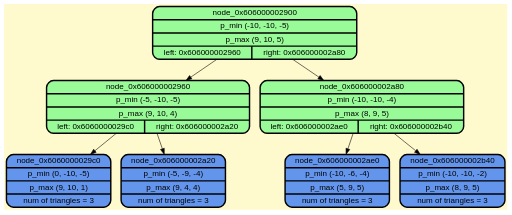
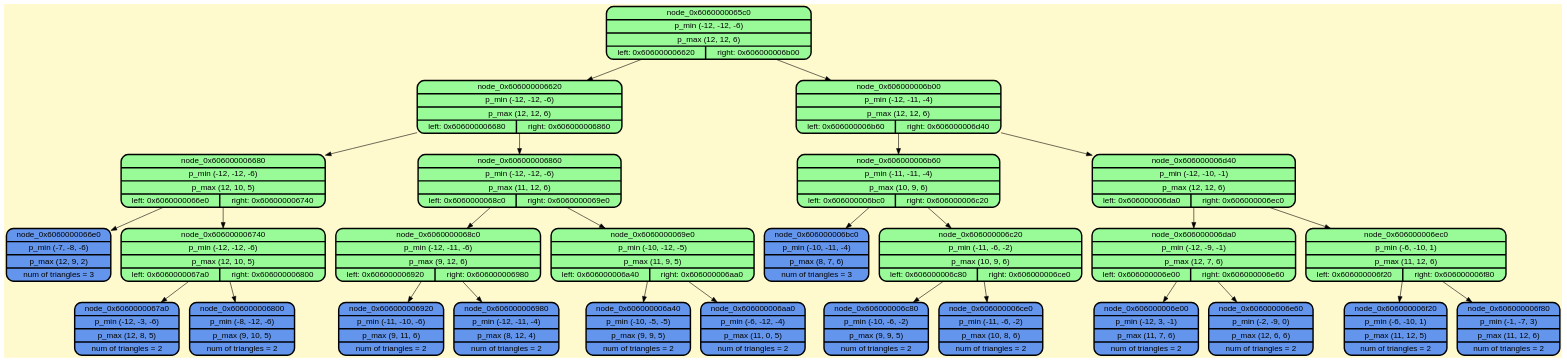
One commit to BulgakovDmitry/3D_triangles changed the diagram in dump/graph_dump.gv. Above: the diagram before and after it, drawn with Graphviz. The commit also changed 1 other file, not shown here.

Commit message:
fix BVH and create graph dump of bin tree

```diff
--- a/dump/graph_dump.gv
+++ b/dump/graph_dump.gv
@@ -1,20 +1,60 @@
 digraph G {
     rankdir=TB;
     node [style=filled, fontname="Helvetica", fontcolor=darkblue, fillcolor=peachpuff, color="#252A34", penwidth=2.5];
     bgcolor="lemonchiffon";
 
-    node_0x606000002900 [shape=Mrecord; style=filled; fillcolor=palegreen; color="#000000"; fontcolor="#000000"; label="{ node_0x606000002900 | p_min (-10, -10, -5) | p_max (9, 10, 5) | { left: 0x606000002960 | right: 0x606000002a80 } }"];
-    node_0x606000002960 [shape=Mrecord; style=filled; fillcolor=palegreen; color="#000000"; fontcolor="#000000"; label="{ node_0x606000002960 | p_min (-5, -10, -5) | p_max (9, 10, 4) | { left: 0x6060000029c0 | right: 0x606000002a20 } }"];
-    node_0x6060000029c0 [shape=Mrecord; style=filled; fillcolor=cornflowerblue; color="#000000"; fontcolor="#000000"; label="{ node_0x6060000029c0 | p_min (0, -10, -5) | p_max (9, 10, 1) | num of triangles = 3}"];
-    node_0x606000002a20 [shape=Mrecord; style=filled; fillcolor=cornflowerblue; color="#000000"; fontcolor="#000000"; label="{ node_0x606000002a20 | p_min (-5, -9, -4) | p_max (9, 4, 4) | num of triangles = 3}"];
-    node_0x606000002a80 [shape=Mrecord; style=filled; fillcolor=palegreen; color="#000000"; fontcolor="#000000"; label="{ node_0x606000002a80 | p_min (-10, -10, -4) | p_max (8, 9, 5) | { left: 0x606000002ae0 | right: 0x606000002b40 } }"];
-    node_0x606000002ae0 [shape=Mrecord; style=filled; fillcolor=cornflowerblue; color="#000000"; fontcolor="#000000"; label="{ node_0x606000002ae0 | p_min (-10, -6, -4) | p_max (5, 9, 5) | num of triangles = 3}"];
-    node_0x606000002b40 [shape=Mrecord; style=filled; fillcolor=cornflowerblue; color="#000000"; fontcolor="#000000"; label="{ node_0x606000002b40 | p_min (-10, -10, -2) | p_max (8, 9, 5) | num of triangles = 3}"];
+    node_0x6060000065c0 [shape=Mrecord; style=filled; fillcolor=palegreen; color="#000000"; fontcolor="#000000"; label="{ node_0x6060000065c0 | p_min (-12, -12, -6) | p_max (12, 12, 6) | { left: 0x606000006620 | right: 0x606000006b00 } }"];
+    node_0x606000006620 [shape=Mrecord; style=filled; fillcolor=palegreen; color="#000000"; fontcolor="#000000"; label="{ node_0x606000006620 | p_min (-12, -12, -6) | p_max (12, 12, 6) | { left: 0x606000006680 | right: 0x606000006860 } }"];
+    node_0x606000006680 [shape=Mrecord; style=filled; fillcolor=palegreen; color="#000000"; fontcolor="#000000"; label="{ node_0x606000006680 | p_min (-12, -12, -6) | p_max (12, 10, 5) | { left: 0x6060000066e0 | right: 0x606000006740 } }"];
+    node_0x6060000066e0 [shape=Mrecord; style=filled; fillcolor=cornflowerblue; color="#000000"; fontcolor="#000000"; label="{ node_0x6060000066e0 | p_min (-7, -8, -6) | p_max (12, 9, 2) | num of triangles = 3}"];
+    node_0x606000006740 [shape=Mrecord; style=filled; fillcolor=palegreen; color="#000000"; fontcolor="#000000"; label="{ node_0x606000006740 | p_min (-12, -12, -6) | p_max (12, 10, 5) | { left: 0x6060000067a0 | right: 0x606000006800 } }"];
+    node_0x6060000067a0 [shape=Mrecord; style=filled; fillcolor=cornflowerblue; color="#000000"; fontcolor="#000000"; label="{ node_0x6060000067a0 | p_min (-12, -3, -6) | p_max (12, 8, 5) | num of triangles = 2}"];
+    node_0x606000006800 [shape=Mrecord; style=filled; fillcolor=cornflowerblue; color="#000000"; fontcolor="#000000"; label="{ node_0x606000006800 | p_min (-8, -12, -6) | p_max (9, 10, 5) | num of triangles = 2}"];
+    node_0x606000006860 [shape=Mrecord; style=filled; fillcolor=palegreen; color="#000000"; fontcolor="#000000"; label="{ node_0x606000006860 | p_min (-12, -12, -6) | p_max (11, 12, 6) | { left: 0x6060000068c0 | right: 0x6060000069e0 } }"];
+    node_0x6060000068c0 [shape=Mrecord; style=filled; fillcolor=palegreen; color="#000000"; fontcolor="#000000"; label="{ node_0x6060000068c0 | p_min (-12, -11, -6) | p_max (9, 12, 6) | { left: 0x606000006920 | right: 0x606000006980 } }"];
+    node_0x606000006920 [shape=Mrecord; style=filled; fillcolor=cornflowerblue; color="#000000"; fontcolor="#000000"; label="{ node_0x606000006920 | p_min (-11, -10, -6) | p_max (9, 11, 6) | num of triangles = 2}"];
+    node_0x606000006980 [shape=Mrecord; style=filled; fillcolor=cornflowerblue; color="#000000"; fontcolor="#000000"; label="{ node_0x606000006980 | p_min (-12, -11, -4) | p_max (8, 12, 4) | num of triangles = 2}"];
+    node_0x6060000069e0 [shape=Mrecord; style=filled; fillcolor=palegreen; color="#000000"; fontcolor="#000000"; label="{ node_0x6060000069e0 | p_min (-10, -12, -5) | p_max (11, 9, 5) | { left: 0x606000006a40 | right: 0x606000006aa0 } }"];
+    node_0x606000006a40 [shape=Mrecord; style=filled; fillcolor=cornflowerblue; color="#000000"; fontcolor="#000000"; label="{ node_0x606000006a40 | p_min (-10, -5, -5) | p_max (9, 9, 5) | num of triangles = 2}"];
+    node_0x606000006aa0 [shape=Mrecord; style=filled; fillcolor=cornflowerblue; color="#000000"; fontcolor="#000000"; label="{ node_0x606000006aa0 | p_min (-6, -12, -4) | p_max (11, 0, 5) | num of triangles = 2}"];
+    node_0x606000006b00 [shape=Mrecord; style=filled; fillcolor=palegreen; color="#000000"; fontcolor="#000000"; label="{ node_0x606000006b00 | p_min (-12, -11, -4) | p_max (12, 12, 6) | { left: 0x606000006b60 | right: 0x606000006d40 } }"];
+    node_0x606000006b60 [shape=Mrecord; style=filled; fillcolor=palegreen; color="#000000"; fontcolor="#000000"; label="{ node_0x606000006b60 | p_min (-11, -11, -4) | p_max (10, 9, 6) | { left: 0x606000006bc0 | right: 0x606000006c20 } }"];
+    node_0x606000006bc0 [shape=Mrecord; style=filled; fillcolor=cornflowerblue; color="#000000"; fontcolor="#000000"; label="{ node_0x606000006bc0 | p_min (-10, -11, -4) | p_max (8, 7, 6) | num of triangles = 3}"];
+    node_0x606000006c20 [shape=Mrecord; style=filled; fillcolor=palegreen; color="#000000"; fontcolor="#000000"; label="{ node_0x606000006c20 | p_min (-11, -6, -2) | p_max (10, 9, 6) | { left: 0x606000006c80 | right: 0x606000006ce0 } }"];
+    node_0x606000006c80 [shape=Mrecord; style=filled; fillcolor=cornflowerblue; color="#000000"; fontcolor="#000000"; label="{ node_0x606000006c80 | p_min (-10, -6, -2) | p_max (9, 9, 5) | num of triangles = 2}"];
+    node_0x606000006ce0 [shape=Mrecord; style=filled; fillcolor=cornflowerblue; color="#000000"; fontcolor="#000000"; label="{ node_0x606000006ce0 | p_min (-11, -6, -2) | p_max (10, 8, 6) | num of triangles = 2}"];
+    node_0x606000006d40 [shape=Mrecord; style=filled; fillcolor=palegreen; color="#000000"; fontcolor="#000000"; label="{ node_0x606000006d40 | p_min (-12, -10, -1) | p_max (12, 12, 6) | { left: 0x606000006da0 | right: 0x606000006ec0 } }"];
+    node_0x606000006da0 [shape=Mrecord; style=filled; fillcolor=palegreen; color="#000000"; fontcolor="#000000"; label="{ node_0x606000006da0 | p_min (-12, -9, -1) | p_max (12, 7, 6) | { left: 0x606000006e00 | right: 0x606000006e60 } }"];
+    node_0x606000006e00 [shape=Mrecord; style=filled; fillcolor=cornflowerblue; color="#000000"; fontcolor="#000000"; label="{ node_0x606000006e00 | p_min (-12, 3, -1) | p_max (11, 7, 6) | num of triangles = 2}"];
+    node_0x606000006e60 [shape=Mrecord; style=filled; fillcolor=cornflowerblue; color="#000000"; fontcolor="#000000"; label="{ node_0x606000006e60 | p_min (-2, -9, 0) | p_max (12, 6, 6) | num of triangles = 2}"];
+    node_0x606000006ec0 [shape=Mrecord; style=filled; fillcolor=palegreen; color="#000000"; fontcolor="#000000"; label="{ node_0x606000006ec0 | p_min (-6, -10, 1) | p_max (11, 12, 6) | { left: 0x606000006f20 | right: 0x606000006f80 } }"];
+    node_0x606000006f20 [shape=Mrecord; style=filled; fillcolor=cornflowerblue; color="#000000"; fontcolor="#000000"; label="{ node_0x606000006f20 | p_min (-6, -10, 1) | p_max (11, 12, 5) | num of triangles = 2}"];
+    node_0x606000006f80 [shape=Mrecord; style=filled; fillcolor=cornflowerblue; color="#000000"; fontcolor="#000000"; label="{ node_0x606000006f80 | p_min (-1, -7, 3) | p_max (11, 12, 6) | num of triangles = 2}"];
 
-    node_0x606000002900 -> node_0x606000002960;
-    node_0x606000002900 -> node_0x606000002a80;
-    node_0x606000002960 -> node_0x6060000029c0;
-    node_0x606000002960 -> node_0x606000002a20;
-    node_0x606000002a80 -> node_0x606000002ae0;
-    node_0x606000002a80 -> node_0x606000002b40;
+    node_0x6060000065c0 -> node_0x606000006620;
+    node_0x6060000065c0 -> node_0x606000006b00;
+    node_0x606000006620 -> node_0x606000006680;
+    node_0x606000006620 -> node_0x606000006860;
+    node_0x606000006680 -> node_0x6060000066e0;
+    node_0x606000006680 -> node_0x606000006740;
+    node_0x606000006740 -> node_0x6060000067a0;
+    node_0x606000006740 -> node_0x606000006800;
+    node_0x606000006860 -> node_0x6060000068c0;
+    node_0x606000006860 -> node_0x6060000069e0;
+    node_0x6060000068c0 -> node_0x606000006920;
+    node_0x6060000068c0 -> node_0x606000006980;
+    node_0x6060000069e0 -> node_0x606000006a40;
+    node_0x6060000069e0 -> node_0x606000006aa0;
+    node_0x606000006b00 -> node_0x606000006b60;
+    node_0x606000006b00 -> node_0x606000006d40;
+    node_0x606000006b60 -> node_0x606000006bc0;
+    node_0x606000006b60 -> node_0x606000006c20;
+    node_0x606000006c20 -> node_0x606000006c80;
+    node_0x606000006c20 -> node_0x606000006ce0;
+    node_0x606000006d40 -> node_0x606000006da0;
+    node_0x606000006d40 -> node_0x606000006ec0;
+    node_0x606000006da0 -> node_0x606000006e00;
+    node_0x606000006da0 -> node_0x606000006e60;
+    node_0x606000006ec0 -> node_0x606000006f20;
+    node_0x606000006ec0 -> node_0x606000006f80;
 }
```
